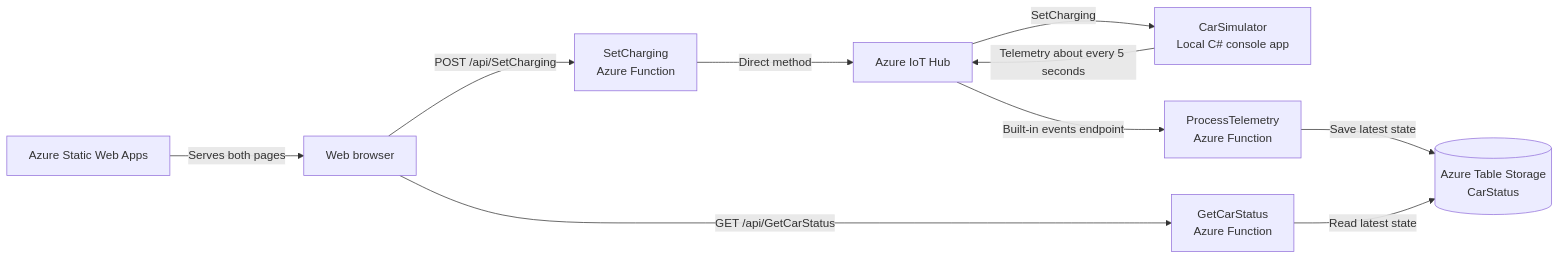
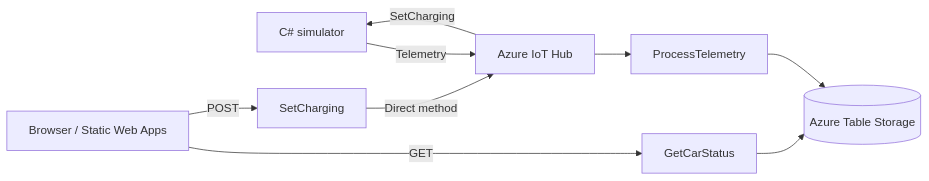
The diagram in README.md (conradangwz/CarWebpageProject), drawn with Mermaid before and after one commit. The commit also changed other lines of this file, not shown here.

````diff
--- a/README.md
+++ b/README.md
@@ -29,14 +18,11 @@
 ```mermaid
 flowchart LR
-    Hosting["Azure Static Web Apps"] -->|Serves both pages| Browser["Web browser"]
-    Simulator["CarSimulator<br/>Local C# console app"] -->|Telemetry about every 5 seconds| Hub["Azure IoT Hub"]
-    Hub -->|Built-in events endpoint| Processor["ProcessTelemetry<br/>Azure Function"]
-    Processor -->|Save latest state| Storage[("Azure Table Storage<br/>CarStatus")]
-
-    Browser -->|GET /api/GetCarStatus| Status["GetCarStatus<br/>Azure Function"]
-    Status -->|Read latest state| Storage
-
-    Browser -->|POST /api/SetCharging| Control["SetCharging<br/>Azure Function"]
-    Control -->|Direct method| Hub
-    Hub -->|SetCharging| Simulator
+    Car["C# simulator"] -->|Telemetry| Hub["Azure IoT Hub"]
+    Hub --> Process["ProcessTelemetry"]
+    Process --> Table[("Azure Table Storage")]
+    Web["Browser / Static Web Apps"] -->|GET| Status["GetCarStatus"]
+    Status --> Table
+    Web -->|POST| Command["SetCharging"]
+    Command -->|Direct method| Hub
+    Hub -->|SetCharging| Car
 ```
````
